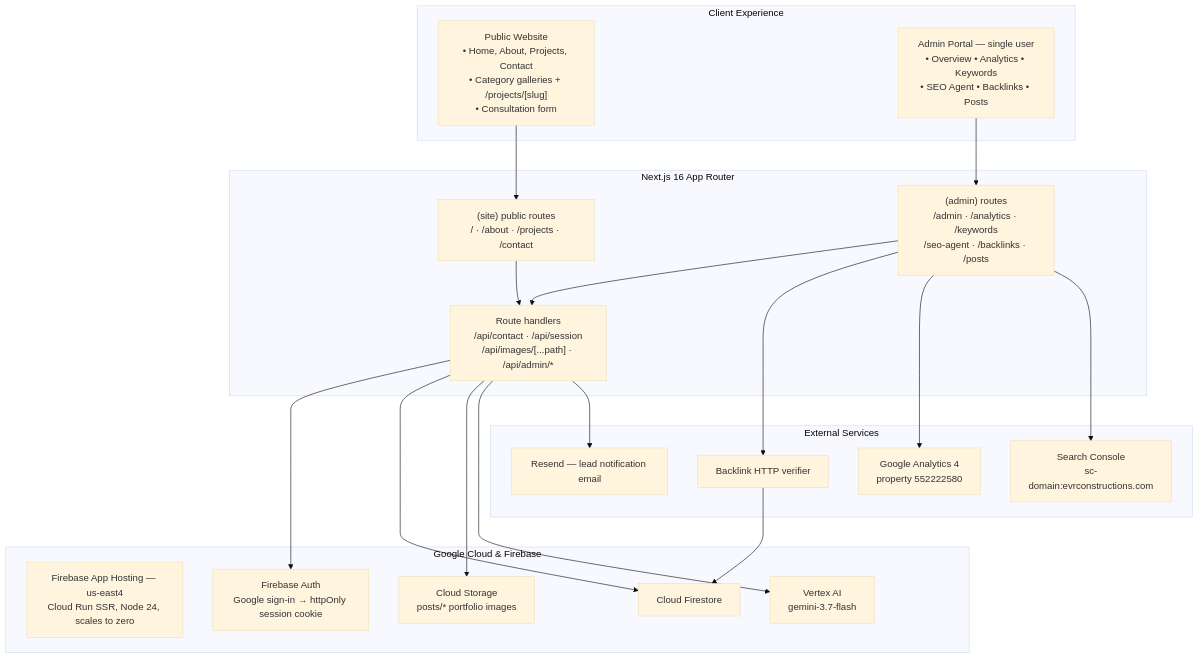
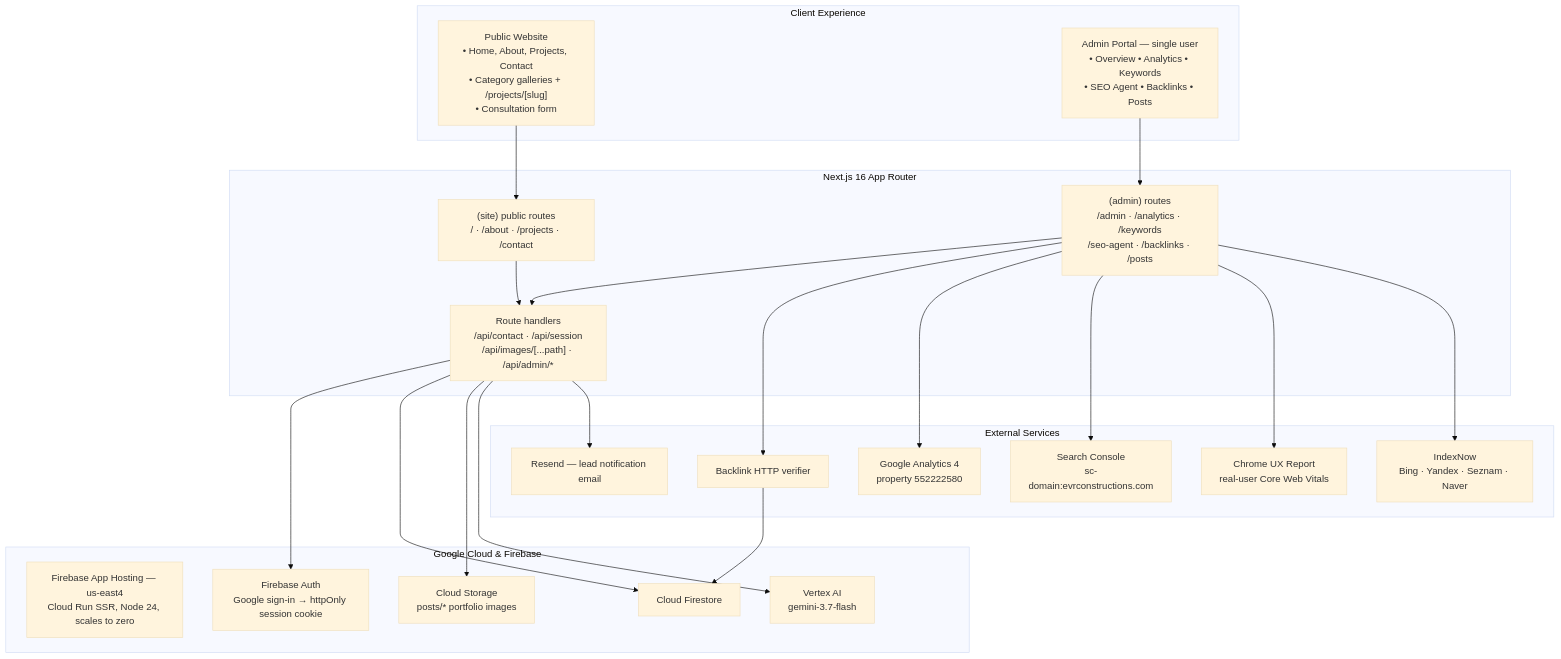
Before and after one commit to evrconstruction/evrconstruction: the first of 2 diagrams in README.md, drawn with Mermaid (base theme). The commit also changed other lines of this file and 9 other files, not shown here.

````diff
--- a/README.md
+++ b/README.md
@@ -11,44 +11,48 @@
 ```mermaid
 flowchart TB
     subgraph ClientLayer ["Client Experience"]
         PublicSite["Public Website<br/>• Home, About, Projects, Contact<br/>• Category galleries + /projects/[slug]<br/>• Consultation form"]
         AdminSuite["Admin Portal — single user<br/>• Overview • Analytics • Keywords<br/>• SEO Agent • Backlinks • Posts"]
     end
 
     subgraph AppLayer ["Next.js 16 App Router"]
         SiteRoutes["(site) public routes<br/>/ · /about · /projects · /contact"]
         AdminRoutes["(admin) routes<br/>/admin · /analytics · /keywords<br/>/seo-agent · /backlinks · /posts"]
         APIRoutes["Route handlers<br/>/api/contact · /api/session<br/>/api/images/[...path] · /api/admin/*"]
     end
 
     subgraph FirebaseLayer ["Google Cloud & Firebase"]
         AppHosting["Firebase App Hosting — us-east4<br/>Cloud Run SSR, Node 24, scales to zero"]
         FirebaseAuth["Firebase Auth<br/>Google sign-in → httpOnly session cookie"]
         Firestore["Cloud Firestore"]
         CloudStorage["Cloud Storage<br/>posts/* portfolio images"]
         VertexAI["Vertex AI<br/>gemini-3.7-flash"]
     end
 
     subgraph IntelligenceLayer ["External Services"]
         GA4["Google Analytics 4<br/>property 552222580"]
         GSC["Search Console<br/>sc-domain:evrconstructions.com"]
+        CrUX["Chrome UX Report<br/>real-user Core Web Vitals"]
+        IndexNow["IndexNow<br/>Bing · Yandex · Seznam · Naver"]
         Crawler["Backlink HTTP verifier"]
         Resend["Resend — lead notification email"]
     end
 
     PublicSite --> SiteRoutes
     AdminSuite --> AdminRoutes
     SiteRoutes --> APIRoutes
     AdminRoutes --> APIRoutes
 
     APIRoutes --> FirebaseAuth
     APIRoutes --> Firestore
     APIRoutes --> CloudStorage
     APIRoutes --> VertexAI
     APIRoutes --> Resend
 
     AdminRoutes --> Crawler
     Crawler --> Firestore
     AdminRoutes --> GA4
     AdminRoutes --> GSC
+    AdminRoutes --> CrUX
+    AdminRoutes --> IndexNow
 ```
````
